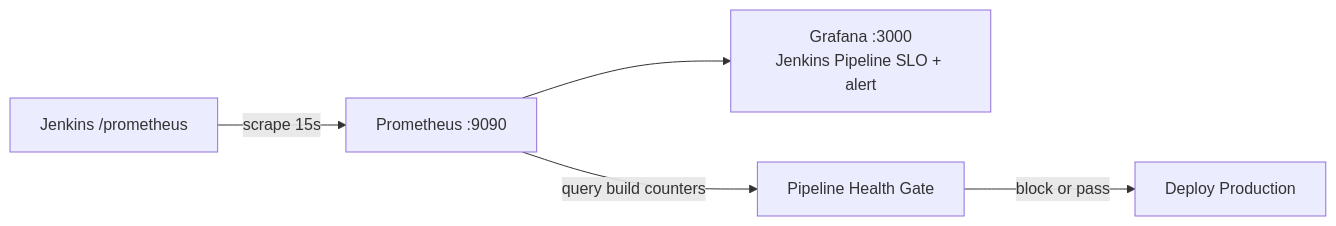
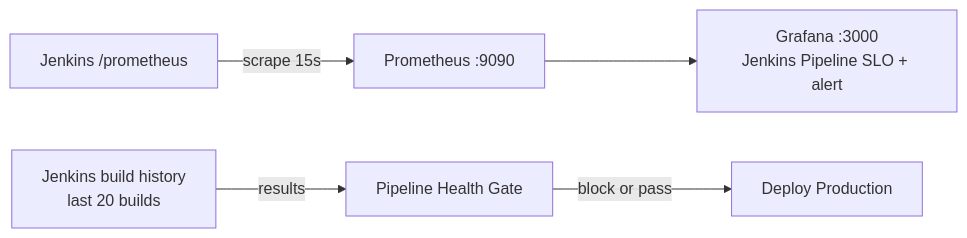
The third of 3 diagrams in docs/architecture.md (Nekokun2004/jenkins-lab), drawn with Mermaid before and after one commit. The commit also changed other lines of this file and 3 other files, not shown here.

First line of the commit message:
feat: Health Gate uses the rolling success rate of the last 20 builds

````diff
--- a/docs/architecture.md
+++ b/docs/architecture.md
@@ -53,7 +56,7 @@
 ```mermaid
 graph LR
     J[Jenkins /prometheus] -->|scrape 15s| P[Prometheus :9090]
     P --> G[Grafana :3000<br/>Jenkins Pipeline SLO + alert]
-    P -->|query build counters| H[Pipeline Health Gate]
+    B[Jenkins build history<br/>last 20 builds] -->|results| H[Pipeline Health Gate]
     H -->|block or pass| Q[Deploy Production]
 ```
````
